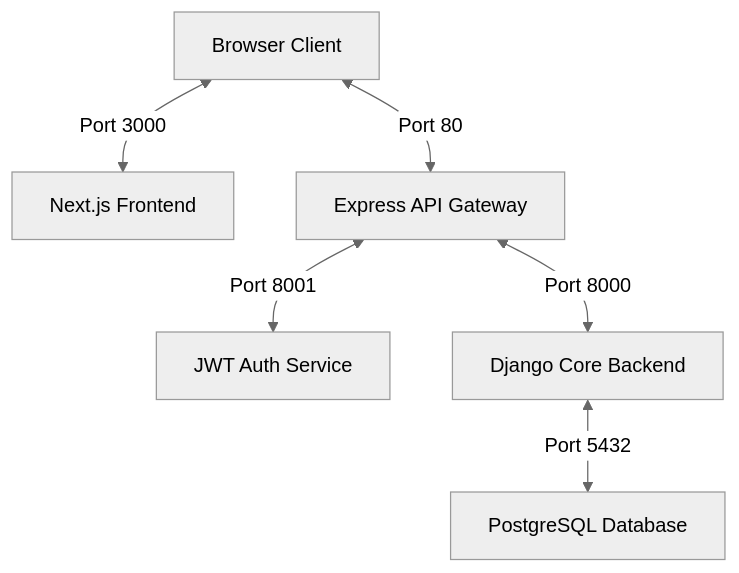
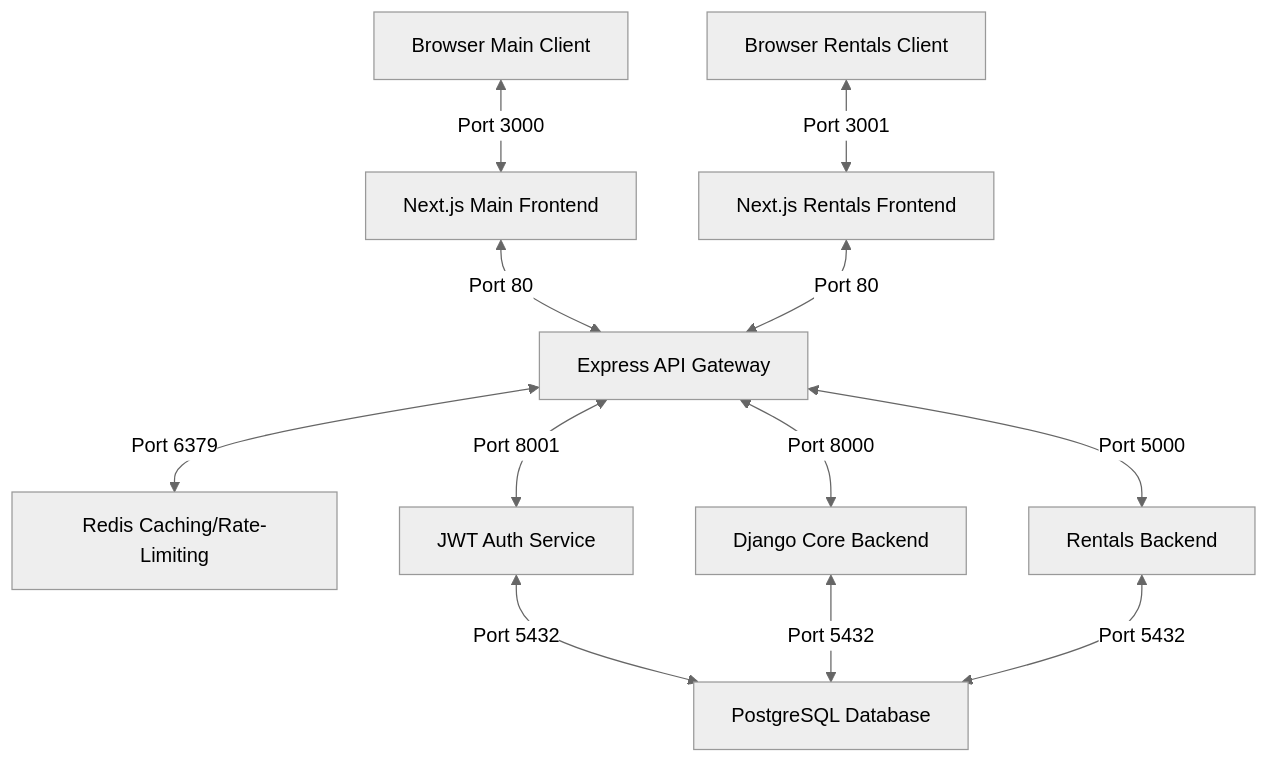
The diagram in README.md (ritam-mj/wtvision), drawn with Mermaid (neutral theme) before and after one commit. The commit also changed other lines of this file and 64 other files, not shown here.

````diff
--- a/README.md
+++ b/README.md
@@ -11,8 +11,17 @@
 ```mermaid
 graph TD
-    Client[Browser Client] <-->|Port 3000| FE[Next.js Frontend]
-    Client <-->|Port 80| GW[Express API Gateway]
+    Client1[Browser Main Client] <-->|Port 3000| FE[Next.js Main Frontend]
+    Client2[Browser Rentals Client] <-->|Port 3001| RFE[Next.js Rentals Frontend]
+    
+    FE <-->|Port 80| GW[Express API Gateway]
+    RFE <-->|Port 80| GW
+    
+    GW <-->|Port 6379| Redis[Redis Caching/Rate-Limiting]
     GW <-->|Port 8001| Auth[JWT Auth Service]
     GW <-->|Port 8000| BE[Django Core Backend]
-    BE <-->|Port 5432| DB[PostgreSQL Database]
+    GW <-->|Port 5000| RBE[Rentals Backend]
+    
+    Auth <-->|Port 5432| DB[PostgreSQL Database]
+    BE <-->|Port 5432| DB
+    RBE <-->|Port 5432| DB
 ```
````
